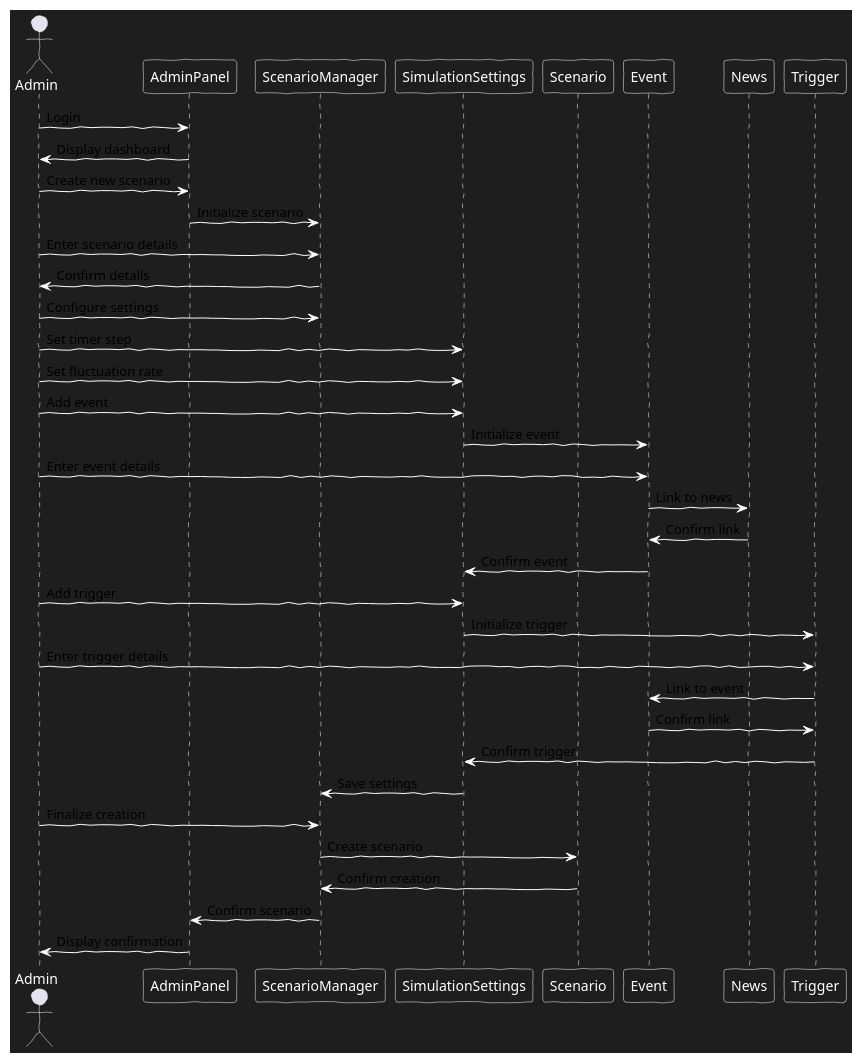
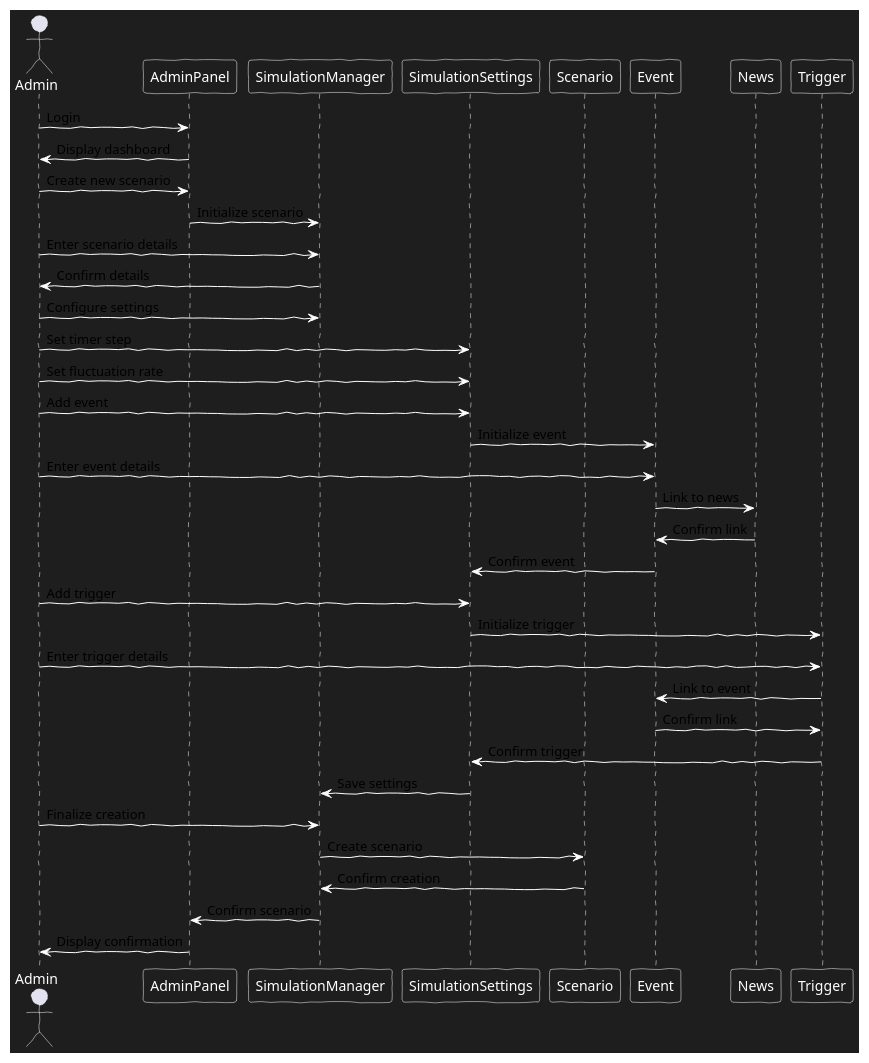
Before and after one commit to AlgoETS/Simulateur: the diagram in docs/diagrams/admin_interactions.plantuml, drawn with PlantUML. The commit also changed 32 other files, not shown here.

```diff
--- a/docs/diagrams/admin_interactions.plantuml
+++ b/docs/diagrams/admin_interactions.plantuml
@@ -1,66 +1,66 @@
 @startuml
 skinparam backgroundColor #1e1e1e
 skinparam handwritten true
 skinparam shadowing false
 skinparam sequence {
     ArrowColor White
     ActorBorderColor White
     ActorFontColor White
     ParticipantBorderColor White
     ParticipantFontColor White
     LifeLineBorderColor White
     LifeLineBackgroundColor #1e1e1e
     ParticipantBackgroundColor #1e1e1e
     BoxBorderColor White
     BoxBackgroundColor #1e1e1e
     SequenceDividerBorderColor White
     SequenceDividerBackgroundColor #1e1e1e
     SequenceGroupBorderColor White
     SequenceGroupBackgroundColor #1e1e1e
 }
 
 actor Admin
 participant "AdminPanel" as AP
-participant "ScenarioManager" as SM
+participant "SimulationManager" as SM
 participant "SimulationSettings" as SS
 participant "Scenario" as S
 participant "Event" as E
 participant "News" as N
 participant "Trigger" as T
 
 Admin -> AP: Login
 AP -> Admin: Display dashboard
 
 Admin -> AP: Create new scenario
 AP -> SM: Initialize scenario
 
 Admin -> SM: Enter scenario details
 SM -> Admin: Confirm details
 
 Admin -> SM: Configure settings
 
 Admin -> SS: Set timer step
 Admin -> SS: Set fluctuation rate
 
 Admin -> SS: Add event
 SS -> E: Initialize event
 Admin -> E: Enter event details
 E -> N: Link to news
 N -> E: Confirm link
 E -> SS: Confirm event
 
 Admin -> SS: Add trigger
 SS -> T: Initialize trigger
 Admin -> T: Enter trigger details
 T -> E: Link to event
 E -> T: Confirm link
 T -> SS: Confirm trigger
 
 SS -> SM: Save settings
 
 Admin -> SM: Finalize creation
 SM -> S: Create scenario
 S -> SM: Confirm creation
 SM -> AP: Confirm scenario
 AP -> Admin: Display confirmation
 @enduml
```
